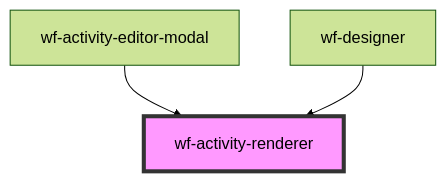
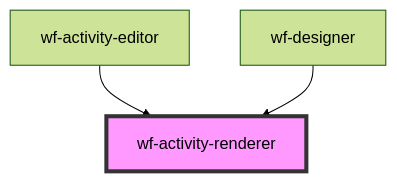
One commit to elsa-workflows/elsa-designer changed the diagram in src/components/workflow-designer/activity-renderer/readme.md. Above: the diagram before and after it, drawn with Mermaid (forest theme). The commit also changed other lines of this file and 21 other files, not shown here.

````diff
--- a/src/components/workflow-designer/activity-renderer/readme.md
+++ b/src/components/workflow-designer/activity-renderer/readme.md
@@ -25,6 +25,6 @@
 ```mermaid
 graph TD;
-  wf-activity-editor-modal --> wf-activity-renderer
+  wf-activity-editor --> wf-activity-renderer
   wf-designer --> wf-activity-renderer
   style wf-activity-renderer fill:#f9f,stroke:#333,stroke-width:4px
 ```
````
